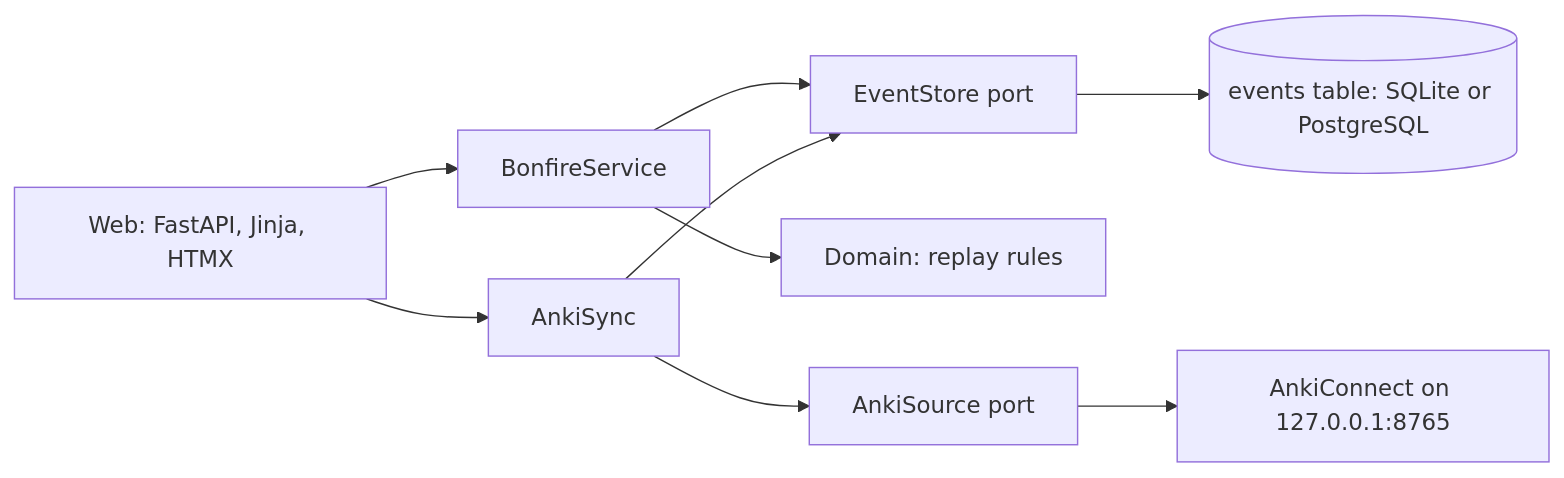
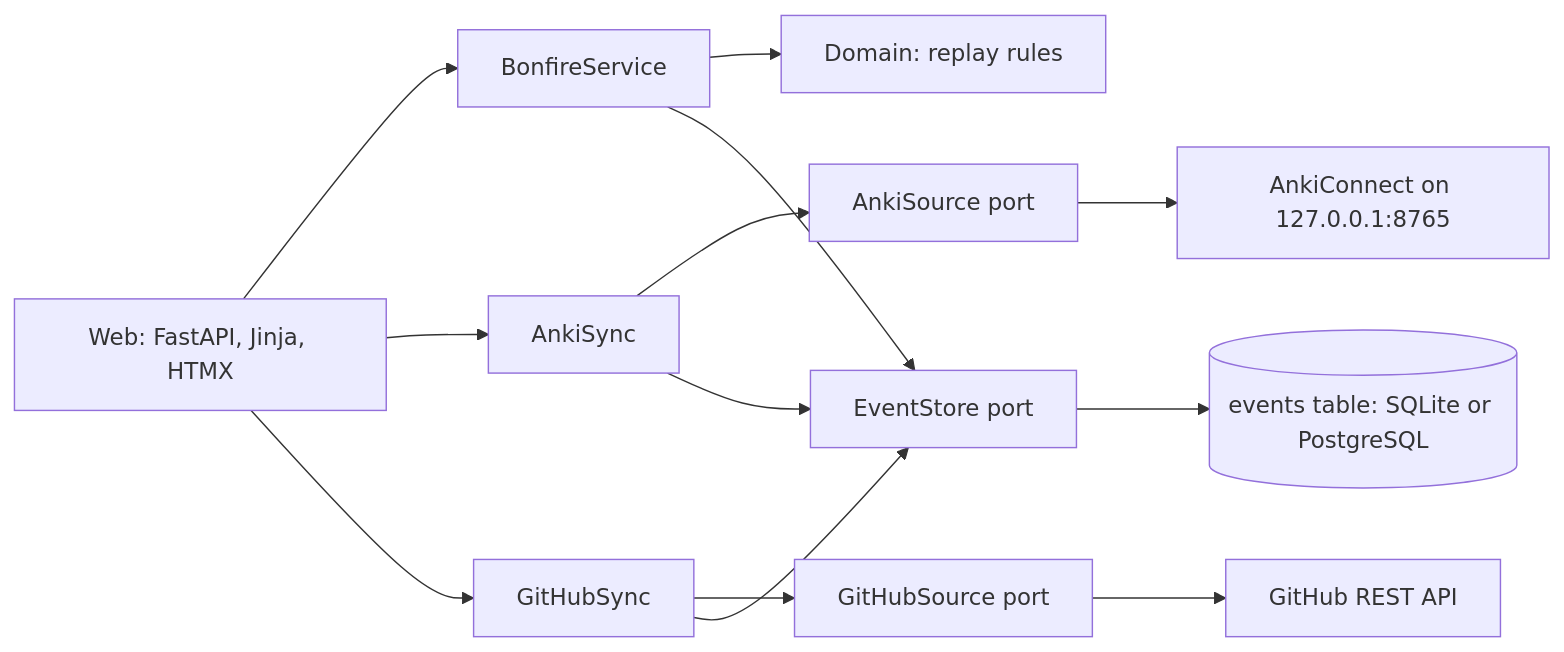
The diagram in README.md (MBigaj/DontYouDareGoHollow), drawn with Mermaid before and after one commit. The commit also changed other lines of this file and 15 other files, not shown here.

First line of the commit message:
feature - GitHub sync for merged hollow-trials PRs

````diff
--- a/README.md
+++ b/README.md
@@ -70,11 +93,15 @@
 ```mermaid
 flowchart LR
   W[Web: FastAPI, Jinja, HTMX] --> S[BonfireService]
   W --> A[AnkiSync]
   A --> AP[AnkiSource port]
   AP --> AC[AnkiConnect on 127.0.0.1:8765]
   S --> D[Domain: replay rules]
   S --> P[EventStore port]
   A --> P
+  W --> G[GitHubSync]
+  G --> GP[GitHubSource port]
+  GP --> GA[GitHub REST API]
+  G --> P
   P --> DB[(events table: SQLite or PostgreSQL)]
 ```
````
